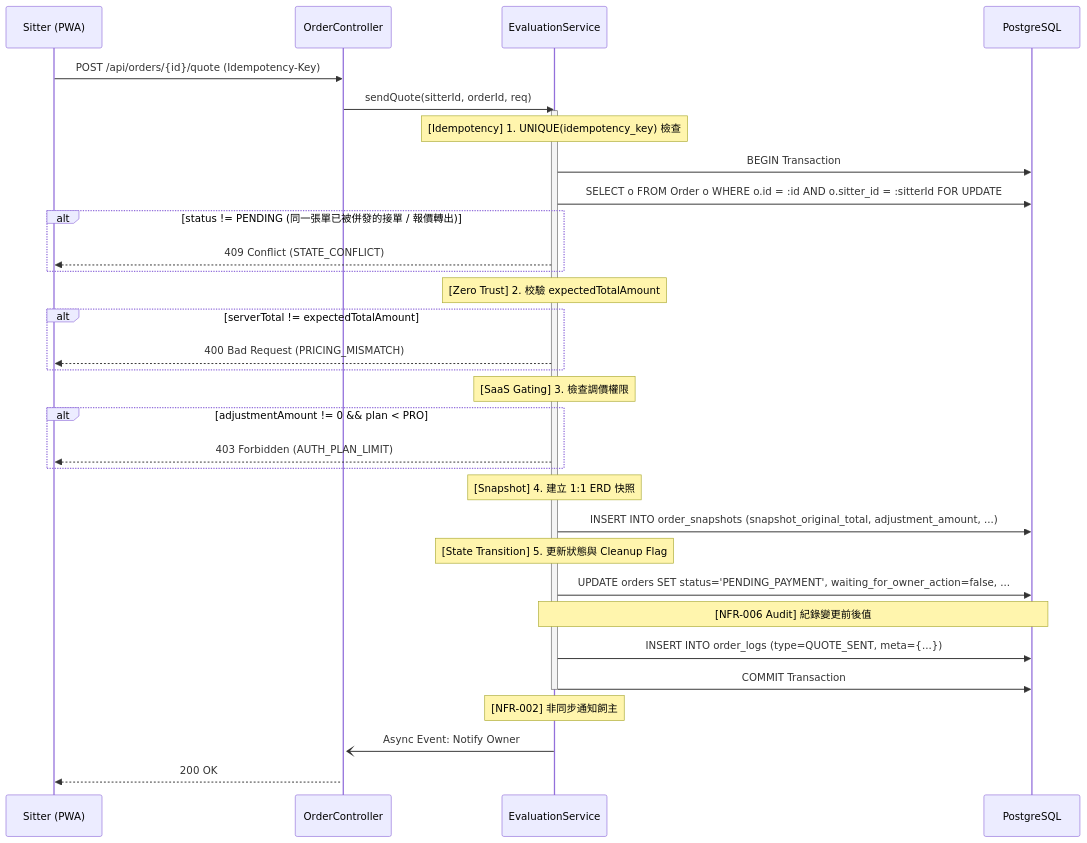
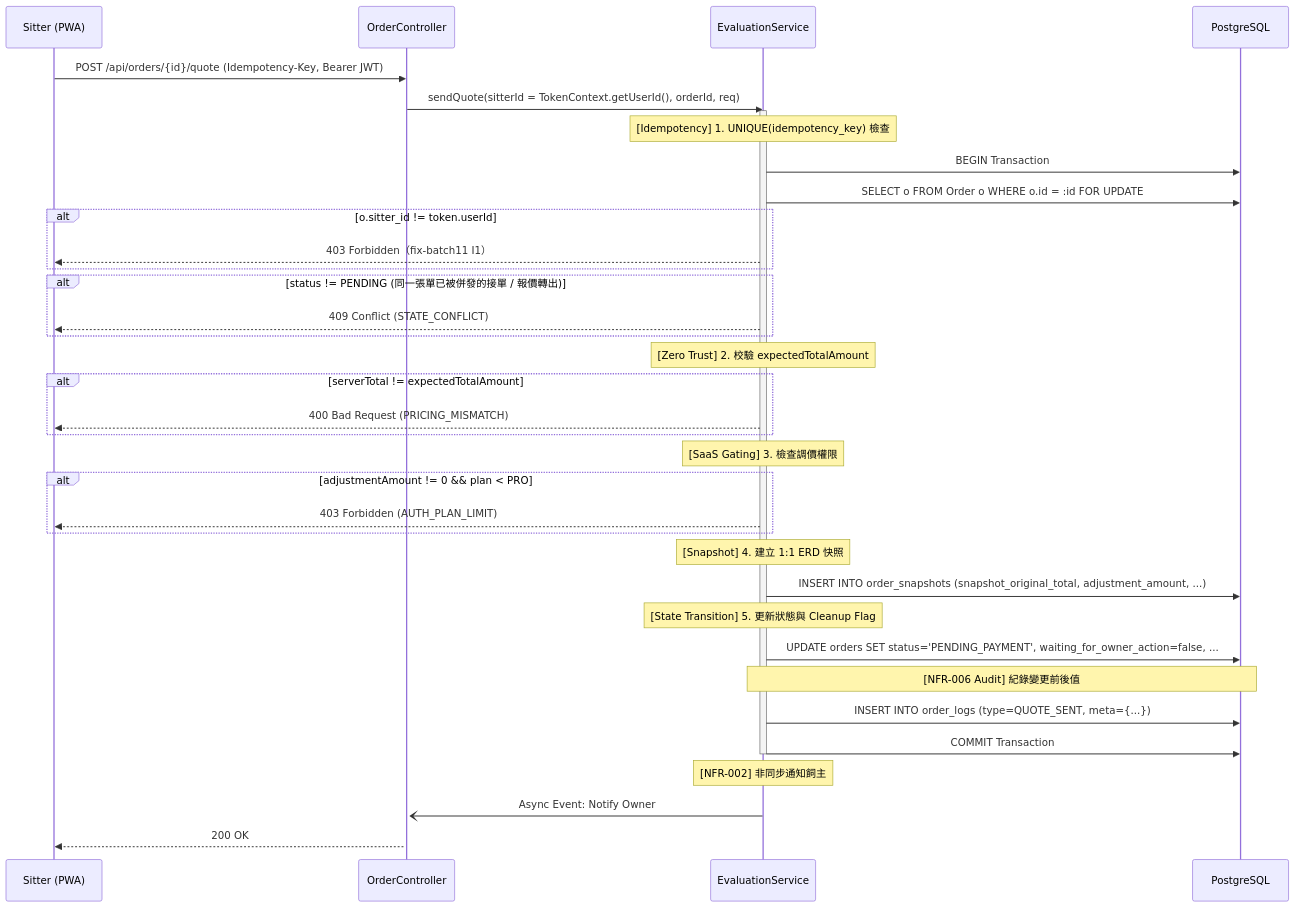
Before and after one commit to willchiangch/cat-sitter-project: the diagram in docs/sd/SD-006-order-evaluation.md, drawn with Mermaid. The commit also changed other lines of this file and 21 other files, not shown here.

````diff
--- a/docs/sd/SD-006-order-evaluation.md
+++ b/docs/sd/SD-006-order-evaluation.md
@@ -73,46 +79,49 @@
 ```mermaid
 sequenceDiagram
     participant S as Sitter (PWA)
     participant API as OrderController
     participant SVC as EvaluationService
     participant DB as PostgreSQL
 
-    S->>API: POST /api/orders/{id}/quote (Idempotency-Key)
-    API->>SVC: sendQuote(sitterId, orderId, req)
+    S->>API: POST /api/orders/{id}/quote (Idempotency-Key, Bearer JWT)
+    API->>SVC: sendQuote(sitterId = TokenContext.getUserId(), orderId, req)
     
     activate SVC
     Note over SVC: [Idempotency] 1. UNIQUE(idempotency_key) 檢查
     
     SVC->>DB: BEGIN Transaction
     
-    SVC->>DB: SELECT o FROM Order o WHERE o.id = :id AND o.sitter_id = :sitterId FOR UPDATE
+    SVC->>DB: SELECT o FROM Order o WHERE o.id = :id FOR UPDATE
+    alt o.sitter_id != token.userId
+        SVC-->>S: 403 Forbidden（fix-batch11 I1）
+    end
     alt status != PENDING (同一張單已被併發的接單 / 報價轉出)
         SVC-->>S: 409 Conflict (STATE_CONFLICT)
     end
     
     Note over SVC: [Zero Trust] 2. 校驗 expectedTotalAmount
     alt serverTotal != expectedTotalAmount
         SVC-->>S: 400 Bad Request (PRICING_MISMATCH)
     end
 
     Note over SVC: [SaaS Gating] 3. 檢查調價權限
     alt adjustmentAmount != 0 && plan < PRO
         SVC-->>S: 403 Forbidden (AUTH_PLAN_LIMIT)
     end
 
     Note over SVC: [Snapshot] 4. 建立 1:1 ERD 快照
     SVC->>DB: INSERT INTO order_snapshots (snapshot_original_total, adjustment_amount, ...)
     
     Note over SVC: [State Transition] 5. 更新狀態與 Cleanup Flag
     SVC->>DB: UPDATE orders SET status='PENDING_PAYMENT', waiting_for_owner_action=false, ...
     
     Note over SVC, DB: [NFR-006 Audit] 紀錄變更前後值
     SVC->>DB: INSERT INTO order_logs (type=QUOTE_SENT, meta={...})
     
     SVC->>DB: COMMIT Transaction
     deactivate SVC
     
     Note over SVC: [NFR-002] 非同步通知飼主
     SVC-)+API: Async Event: Notify Owner
     API-->>S: 200 OK
 ```
````
